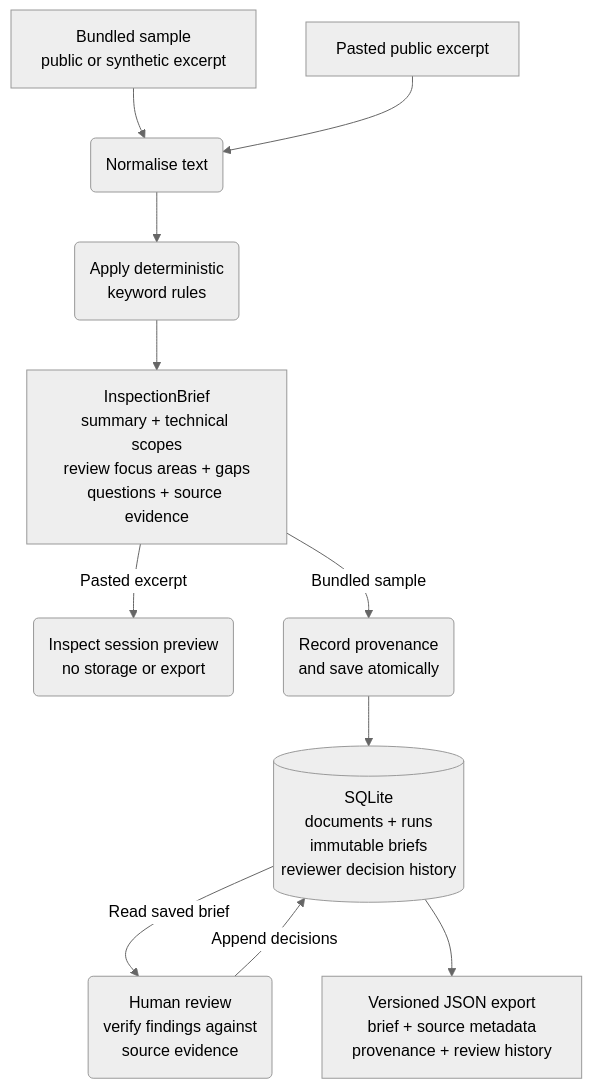
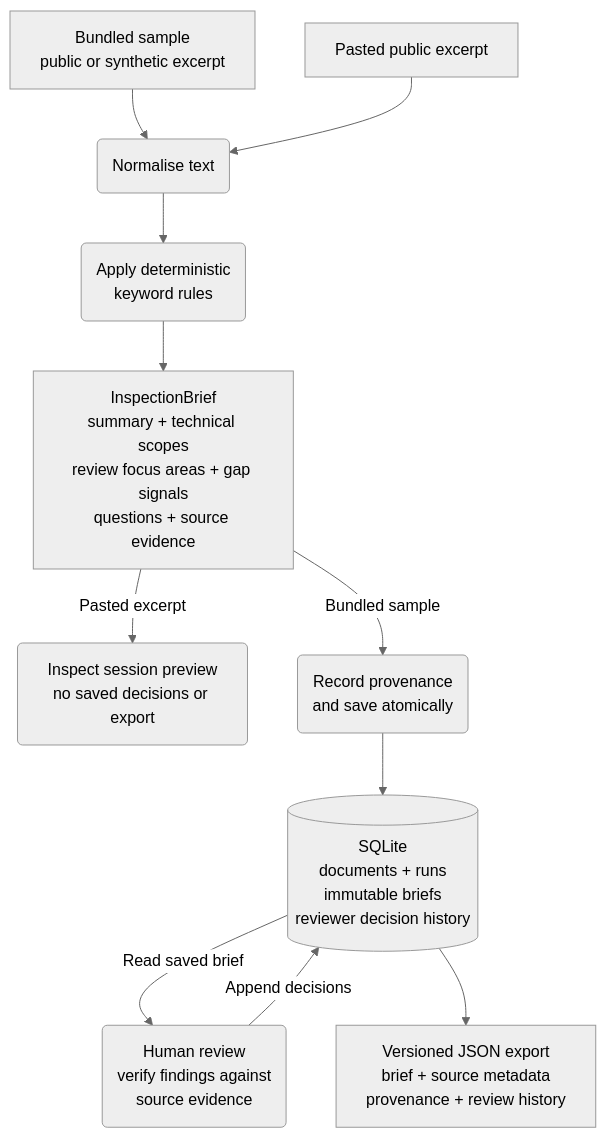
The diagram in README.md (NikolayAir/tender-inspection-pipeline), drawn with Mermaid (neutral theme) before and after one commit. The commit also changed other lines of this file and 9 other files, not shown here.

````diff
--- a/README.md
+++ b/README.md
@@ -21,14 +21,14 @@
 ```mermaid
 flowchart TD
     bundled["Bundled sample<br/>public or synthetic excerpt"] --> normalise("Normalise text")
     pasted["Pasted public excerpt"] --> normalise
     normalise --> extract("Apply deterministic<br/>keyword rules")
-    extract --> brief["InspectionBrief<br/>summary + technical scopes<br/>review focus areas + gaps<br/>questions + source evidence"]
+    extract --> brief["InspectionBrief<br/>summary + technical scopes<br/>review focus areas + gap signals<br/>questions + source evidence"]
 
-    brief -->|Pasted excerpt| preview("Inspect session preview<br/>no storage or export")
+    brief -->|Pasted excerpt| preview("Inspect session preview<br/>no saved decisions or export")
     brief -->|Bundled sample| save("Record provenance<br/>and save atomically")
     save --> db[("SQLite<br/>documents + runs<br/>immutable briefs<br/>reviewer decision history")]
     db -->|Read saved brief| review("Human review<br/>verify findings against<br/>source evidence")
     review -->|Append decisions| db
     db --> export["Versioned JSON export<br/>brief + source metadata<br/>provenance + review history"]
 ```
````
